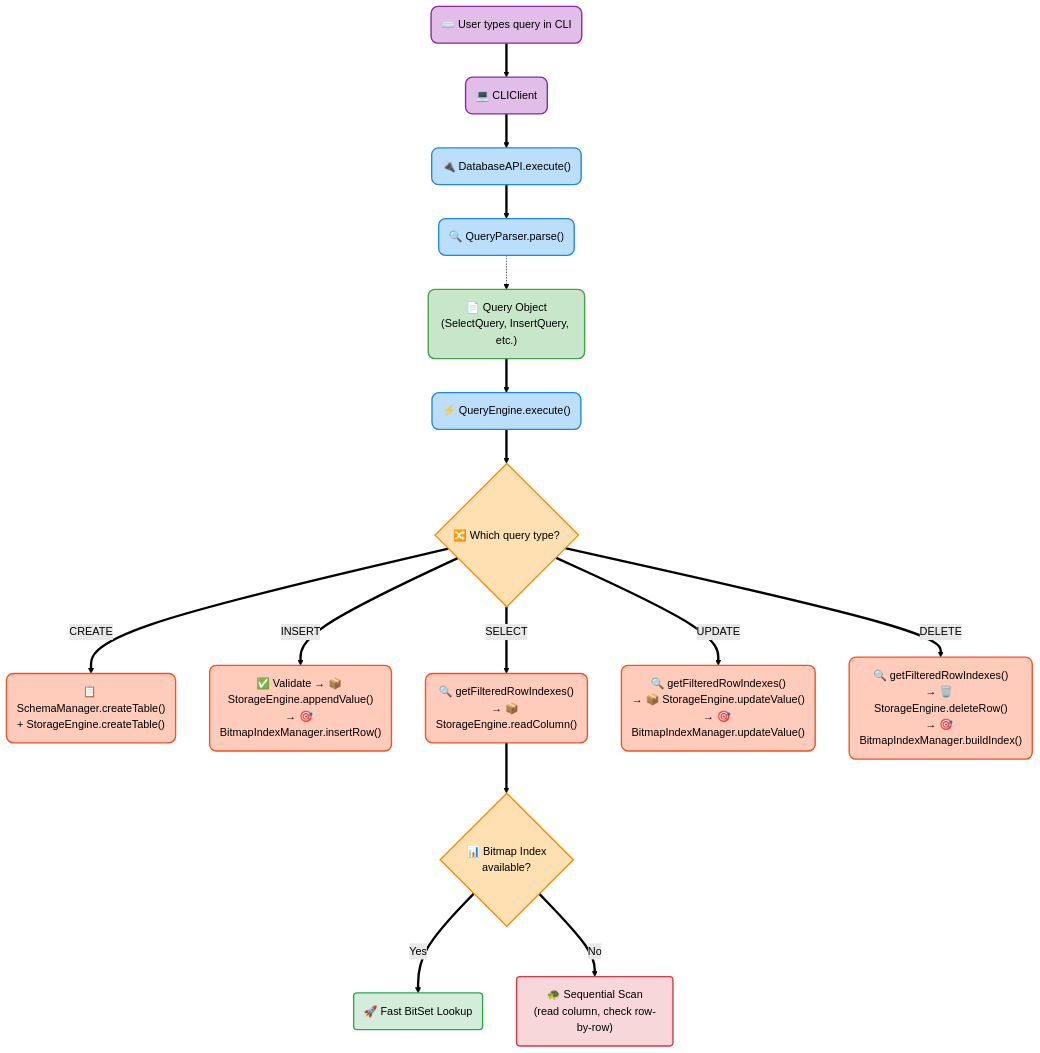
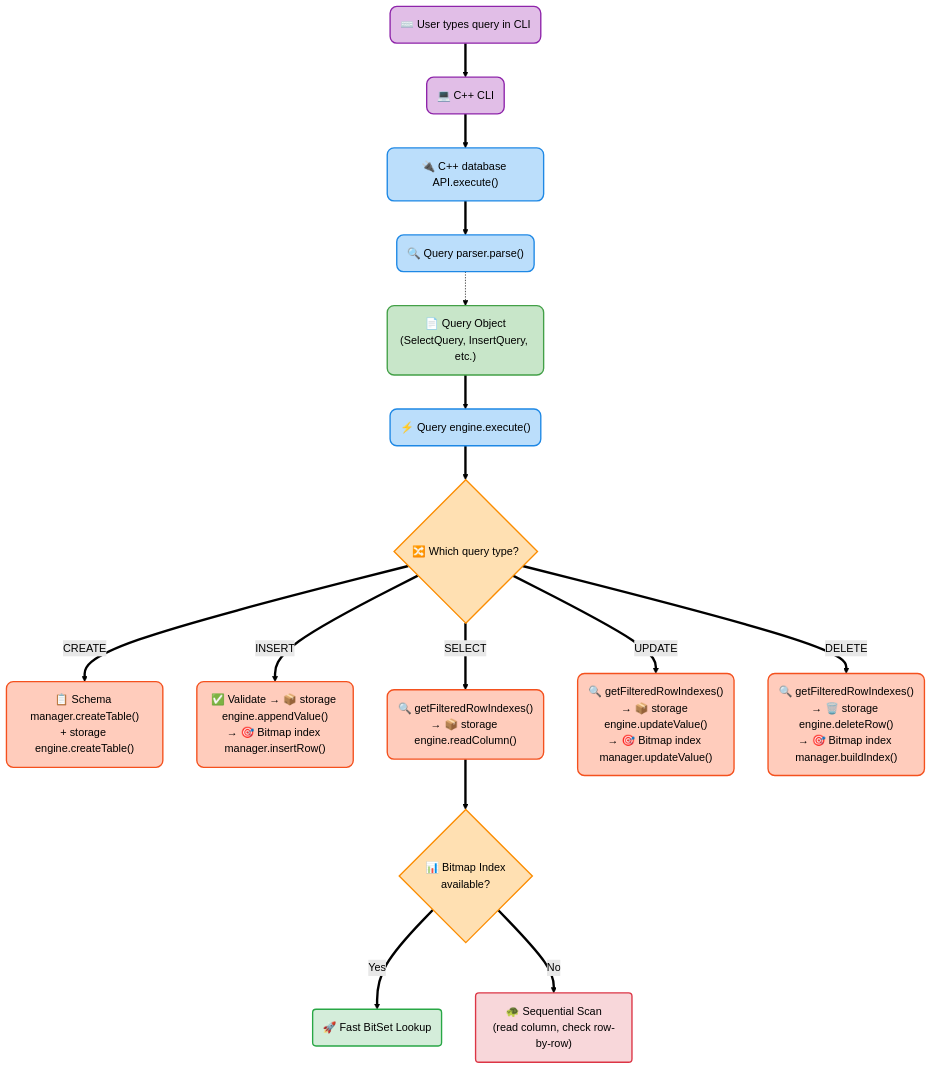
One commit to JILSPATEL/Column-Store-Data-Storage-System changed the second of 9 diagrams in README.md. Above: the diagram before and after it, drawn with Mermaid (forest theme). The commit also changed other lines of this file and 56 other files, not shown here.

````diff
--- a/README.md
+++ b/README.md
@@ -136,29 +165,29 @@
 ```mermaid
 flowchart TD
     %% Styling
     classDef input fill:#e1bee7,stroke:#8e24aa,stroke-width:2px,color:#000,rx:10,ry:10
     classDef core fill:#bbdefb,stroke:#1e88e5,stroke-width:2px,color:#000,rx:10,ry:10
     classDef query fill:#c8e6c9,stroke:#43a047,stroke-width:2px,color:#000,rx:10,ry:10
     classDef branch fill:#ffe0b2,stroke:#fb8c00,stroke-width:2px,color:#000,rx:10,ry:10
     classDef action fill:#ffccbc,stroke:#f4511e,stroke-width:2px,color:#000,rx:10,ry:10
     classDef success fill:#d4edda,stroke:#28a745,stroke-width:2px,color:#000,rx:5,ry:5
     classDef slow fill:#f8d7da,stroke:#dc3545,stroke-width:2px,color:#000,rx:5,ry:5
 
-    A("⌨️ User types query in CLI"):::input ==> B("💻 CLIClient"):::input
-    B ==> C("🔌 DatabaseAPI.execute()"):::core
-    C ==> D("🔍 QueryParser.parse()"):::core
+    A("⌨️ User types query in CLI"):::input ==> B("💻 C++ CLI"):::input
+    B ==> C("🔌 C++ database API.execute()"):::core
+    C ==> D("🔍 Query parser.parse()"):::core
     D -.-> E("📄 Query Object\n(SelectQuery, InsertQuery, etc.)"):::query
-    E ==> F("⚡ QueryEngine.execute()"):::core
-    
+    E ==> F("⚡ Query engine.execute()"):::core
+
     F ==> G{"🔀 Which query type?"}:::branch
-    
-    G ==>|CREATE| H("📋 SchemaManager.createTable()\n+ StorageEngine.createTable()"):::action
-    G ==>|INSERT| I("✅ Validate → 📦 StorageEngine.appendValue()\n→ 🎯 BitmapIndexManager.insertRow()"):::action
-    G ==>|SELECT| J("🔍 getFilteredRowIndexes()\n→ 📦 StorageEngine.readColumn()"):::action
-    G ==>|UPDATE| K("🔍 getFilteredRowIndexes()\n→ 📦 StorageEngine.updateValue()\n→ 🎯 BitmapIndexManager.updateValue()"):::action
-    G ==>|DELETE| L("🔍 getFilteredRowIndexes()\n→ 🗑️ StorageEngine.deleteRow()\n→ 🎯 BitmapIndexManager.buildIndex()"):::action
+
+    G ==>|CREATE| H("📋 Schema manager.createTable()\n+ storage engine.createTable()"):::action
+    G ==>|INSERT| I("✅ Validate → 📦 storage engine.appendValue()\n→ 🎯 Bitmap index manager.insertRow()"):::action
+    G ==>|SELECT| J("🔍 getFilteredRowIndexes()\n→ 📦 storage engine.readColumn()"):::action
+    G ==>|UPDATE| K("🔍 getFilteredRowIndexes()\n→ 📦 storage engine.updateValue()\n→ 🎯 Bitmap index manager.updateValue()"):::action
+    G ==>|DELETE| L("🔍 getFilteredRowIndexes()\n→ 🗑️ storage engine.deleteRow()\n→ 🎯 Bitmap index manager.buildIndex()"):::action
 
     J ==> M{"📊 Bitmap Index\navailable?"}:::branch
     M ==>|Yes| N("🚀 Fast BitSet Lookup"):::success
     M ==>|No| O("🐢 Sequential Scan\n(read column, check row-by-row)"):::slow
 ```
````
